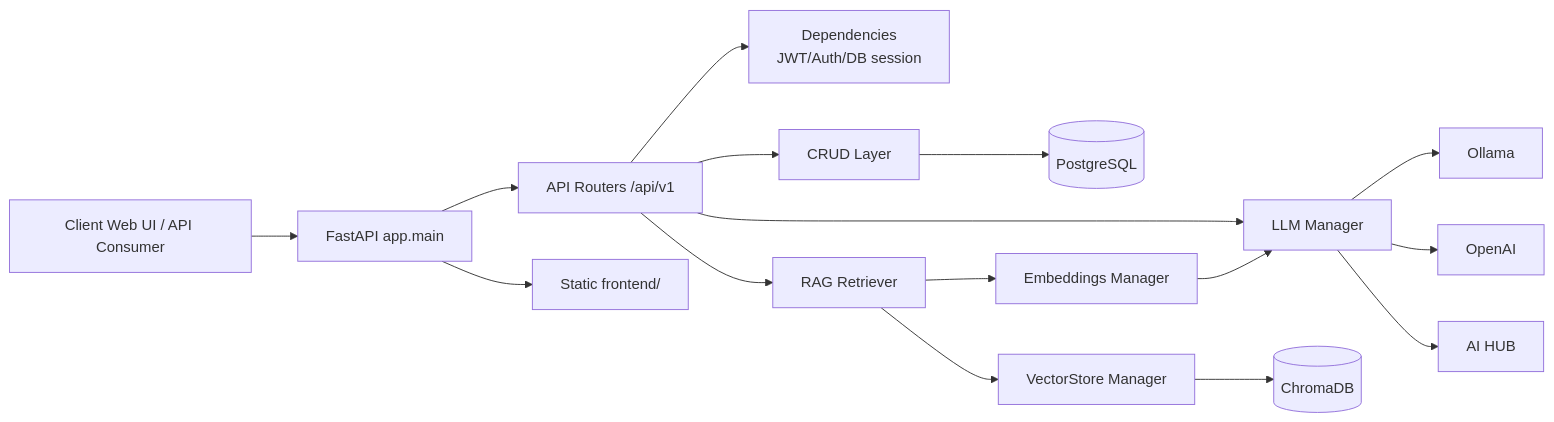
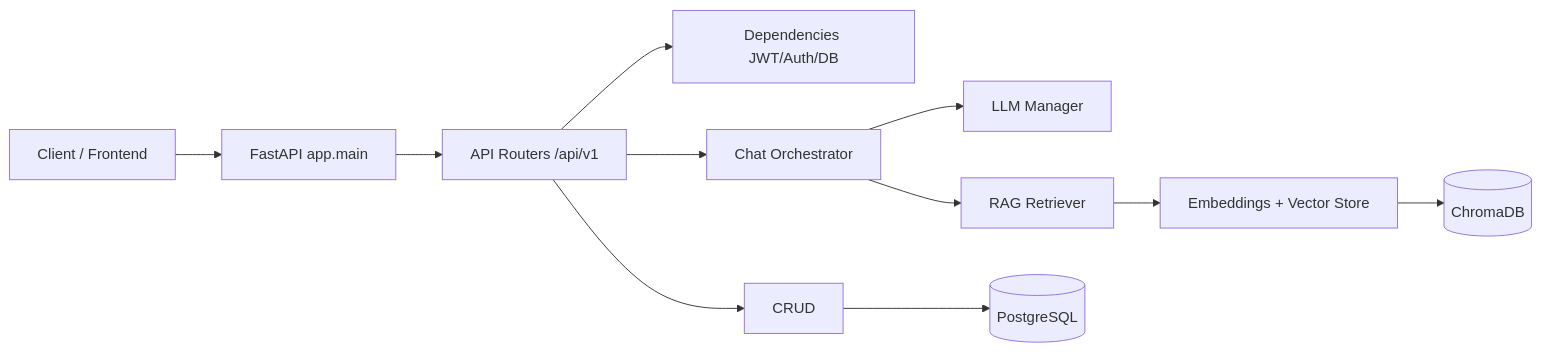
The diagram in README.md (PetrovDE/chat-service), drawn with Mermaid before and after one commit. The commit also changed other lines of this file, not shown here.

````diff
--- a/README.md
+++ b/README.md
@@ -19,21 +16,13 @@
 ```mermaid
 flowchart LR
-    A[Client Web UI / API Consumer] --> B[FastAPI app.main]
+    A[Client / Frontend] --> B[FastAPI app.main]
     B --> C[API Routers /api/v1]
-    C --> D[Dependencies\nJWT/Auth/DB session]
-    C --> E[CRUD Layer]
-    C --> F[LLM Manager]
-    C --> G[RAG Retriever]
-
-    E --> H[(PostgreSQL)]
-    G --> I[Embeddings Manager]
-    G --> J[VectorStore Manager]
-    I --> F
-    J --> K[(ChromaDB)]
-
-    F --> L[Ollama]
-    F --> M[OpenAI]
-    F --> N[AI HUB]
-
-    B --> O[Static frontend/]
+    C --> D[Dependencies JWT/Auth/DB]
+    C --> E[CRUD]
+    C --> F[Chat Orchestrator]
+    F --> G[LLM Manager]
+    F --> H[RAG Retriever]
+    H --> I[Embeddings + Vector Store]
+    E --> J[(PostgreSQL)]
+    I --> K[(ChromaDB)]
 ```
````
